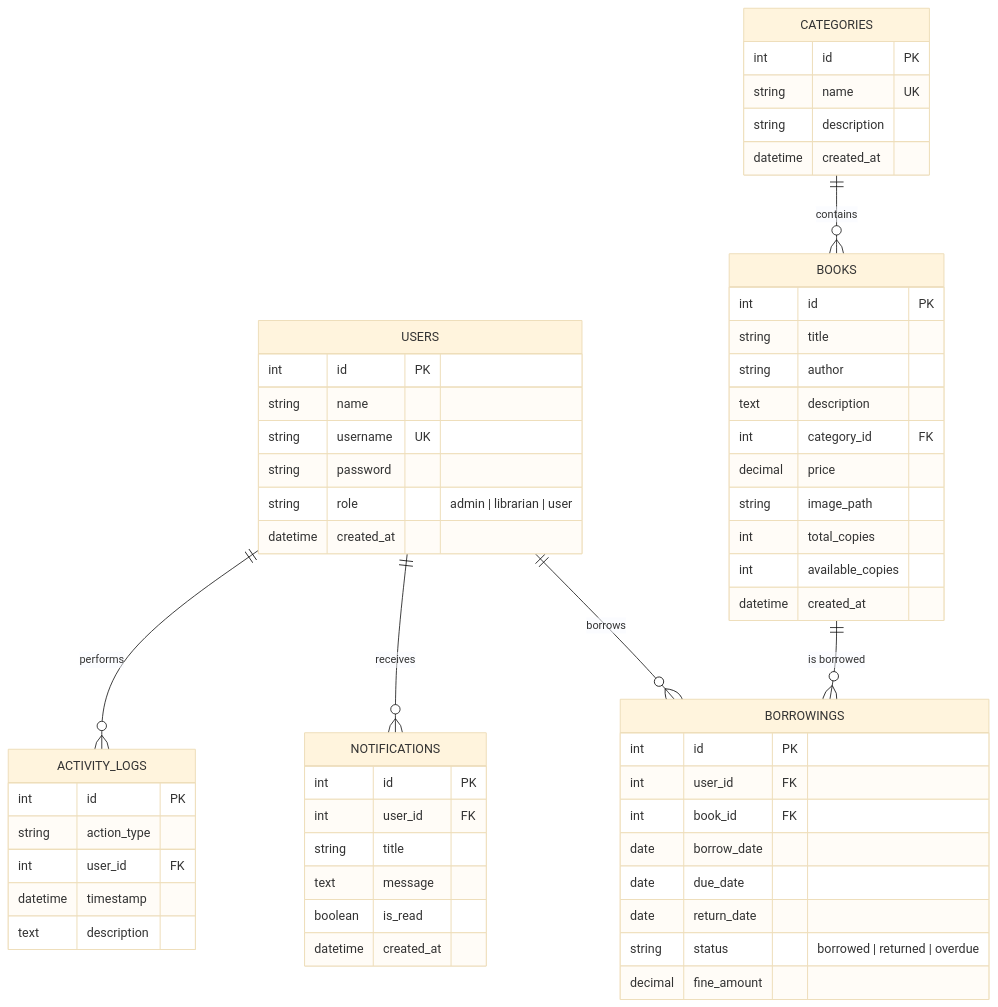
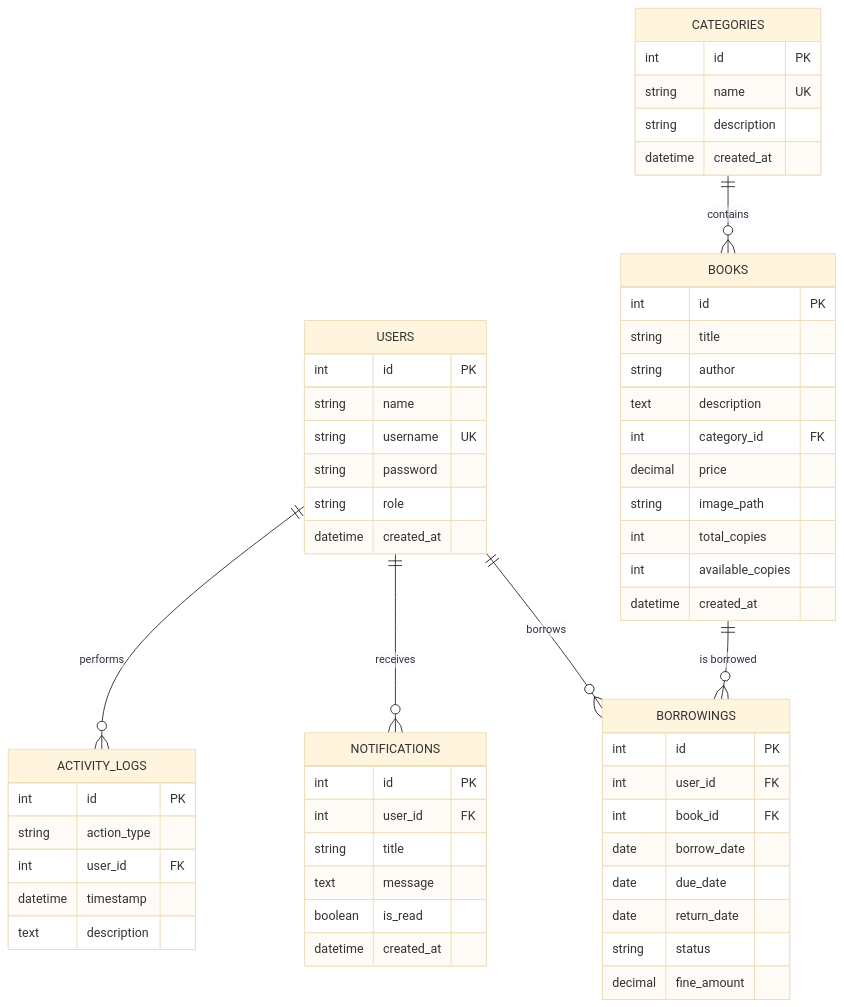
Before and after one commit to ahmed0913/library: the second of 6 diagrams in README.md, drawn with Mermaid (base theme). The commit also changed other lines of this file and 5 other files, not shown here.

````diff
--- a/README.md
+++ b/README.md
@@ -107,65 +116,65 @@
 ```mermaid
 erDiagram
     USERS {
         int id PK
         string name
         string username UK
         string password
-        string role "admin | librarian | user"
+        string role
         datetime created_at
     }
 
     CATEGORIES {
         int id PK
         string name UK
         string description
         datetime created_at
     }
 
     BOOKS {
         int id PK
         string title
         string author
         text description
         int category_id FK
         decimal price
         string image_path
         int total_copies
         int available_copies
         datetime created_at
     }
 
     BORROWINGS {
         int id PK
         int user_id FK
         int book_id FK
         date borrow_date
         date due_date
         date return_date
-        string status "borrowed | returned | overdue"
+        string status
         decimal fine_amount
     }
 
     NOTIFICATIONS {
         int id PK
         int user_id FK
         string title
         text message
         boolean is_read
         datetime created_at
     }
 
     ACTIVITY_LOGS {
         int id PK
         string action_type
         int user_id FK
         datetime timestamp
         text description
     }
 
     USERS ||--o{ BORROWINGS : "borrows"
     USERS ||--o{ NOTIFICATIONS : "receives"
     USERS ||--o{ ACTIVITY_LOGS : "performs"
     CATEGORIES ||--o{ BOOKS : "contains"
     BOOKS ||--o{ BORROWINGS : "is borrowed"
 ```
````
